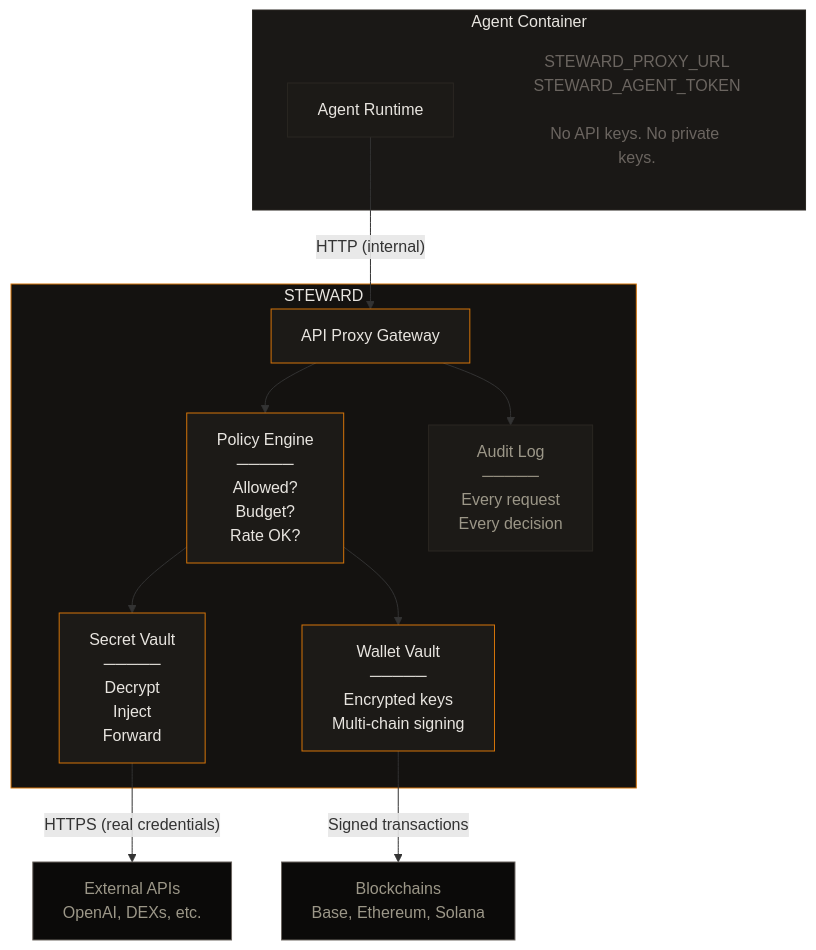
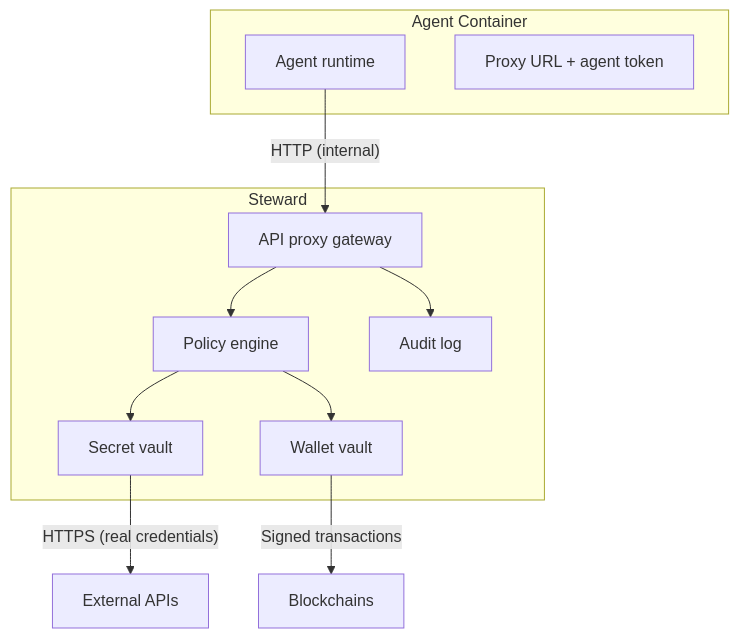
Before and after one commit to Steward-Fi/steward: the first of 5 diagrams in docs/concepts/architecture.mdx, drawn with Mermaid. The commit also changed other lines of this file, not shown here.

Commit message:
fix(docs): clean up mermaid diagram syntax for mintlify

````diff
--- a/docs/concepts/architecture.mdx
+++ b/docs/concepts/architecture.mdx
@@ -26,37 +26,25 @@
 ```mermaid
 flowchart TB
     subgraph agent["Agent Container"]
-        A["Agent Runtime"]
-        ENV["STEWARD_PROXY_URL\nSTEWARD_AGENT_TOKEN\n\nNo API keys. No private keys."]
+        A["Agent runtime"]
+        ENV["Proxy URL + agent token"]
     end
 
-    A -->|"HTTP (internal)"| PROXY
-
-    subgraph steward["STEWARD"]
-        PROXY["API Proxy Gateway"]
-        POLICY["Policy Engine\n─────\nAllowed?\nBudget?\nRate OK?"]
-        SECRET["Secret Vault\n─────\nDecrypt\nInject\nForward"]
-        WALLET["Wallet Vault\n─────\nEncrypted keys\nMulti-chain signing"]
-        AUDIT["Audit Log\n─────\nEvery request\nEvery decision"]
+    subgraph steward["Steward"]
+        PROXY["API proxy gateway"]
+        POLICY["Policy engine"]
+        SECRET["Secret vault"]
+        WALLET["Wallet vault"]
+        AUDIT["Audit log"]
 
         PROXY --> POLICY
         POLICY --> SECRET
         POLICY --> WALLET
         PROXY --> AUDIT
     end
 
-    SECRET -->|"HTTPS (real credentials)"| EXT["External APIs\nOpenAI, DEXs, etc."]
-    WALLET -->|"Signed transactions"| CHAIN["Blockchains\nBase, Ethereum, Solana"]
+    A -->|"HTTP (internal)"| PROXY
 
-    style agent fill:#1a1816,stroke:#2a2722,color:#e8e5e0
-    style steward fill:#141210,stroke:#D4740A,color:#e8e5e0
-    style PROXY fill:#1c1a17,stroke:#D4740A,color:#e8e5e0
-    style POLICY fill:#1c1a17,stroke:#D4740A,color:#e8e5e0
-    style SECRET fill:#1c1a17,stroke:#D4740A,color:#e8e5e0
-    style WALLET fill:#1c1a17,stroke:#D4740A,color:#e8e5e0
-    style AUDIT fill:#1c1a17,stroke:#2a2722,color:#9c9788
-    style EXT fill:#0b0a09,stroke:#6b6560,color:#9c9788
-    style CHAIN fill:#0b0a09,stroke:#6b6560,color:#9c9788
-    style A fill:#1c1a17,stroke:#2a2722,color:#e8e5e0
-    style ENV fill:none,stroke:none,color:#6b6560
+    SECRET -->|"HTTPS (real credentials)"| EXT["External APIs"]
+    WALLET -->|"Signed transactions"| CHAIN["Blockchains"]
 ```
````
